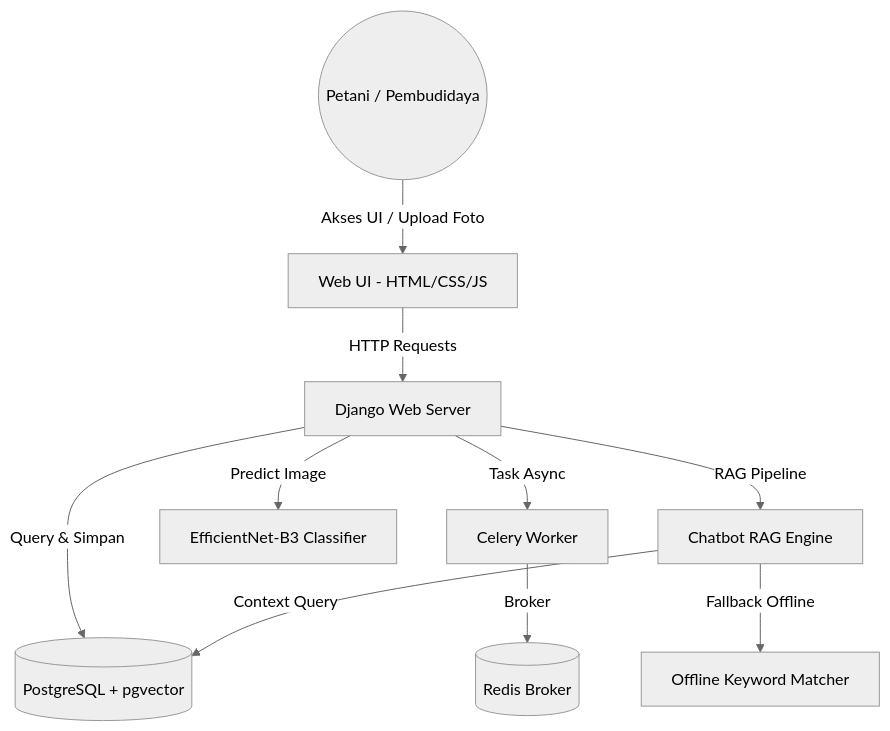
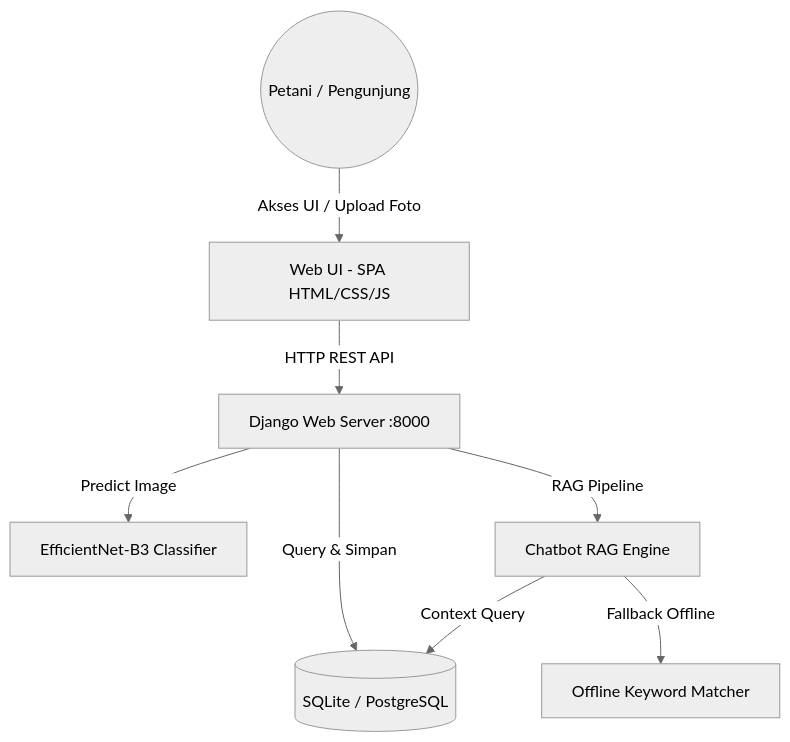
Before and after one commit to hamsigma/Ternak_Lele_Aquaculture: the first of 2 diagrams in ternaklele/README.md, drawn with Mermaid (neutral theme). The commit also changed other lines of this file and 3 other files, not shown here.

````diff
--- a/ternaklele/README.md
+++ b/ternaklele/README.md
@@ -62,12 +64,10 @@
 ```mermaid
 graph TD
-    User((Petani / Pembudidaya)) -->|Akses UI / Upload Foto| Frontend[Web UI - HTML/CSS/JS]
-    Frontend -->|HTTP Requests| DjangoApp[Django Web Server]
-    DjangoApp -->|Query & Simpan| DB[(PostgreSQL + pgvector)]
-    DjangoApp -->|Task Async| TaskQueue[Celery Worker]
-    TaskQueue -->|Broker| Cache[(Redis Broker)]
+    User((Petani / Pengunjung)) -->|Akses UI / Upload Foto| Frontend[Web UI - SPA HTML/CSS/JS]
+    Frontend -->|HTTP REST API| DjangoApp[Django Web Server :8000]
+    DjangoApp -->|Query & Simpan| DB[(SQLite / PostgreSQL)]
     DjangoApp -->|Predict Image| ModelAI[EfficientNet-B3 Classifier]
     DjangoApp -->|RAG Pipeline| ChatBot[Chatbot RAG Engine]
     ChatBot -->|Context Query| DB
     ChatBot -->|Fallback Offline| LocalKeywords[Offline Keyword Matcher]
 ```
````
